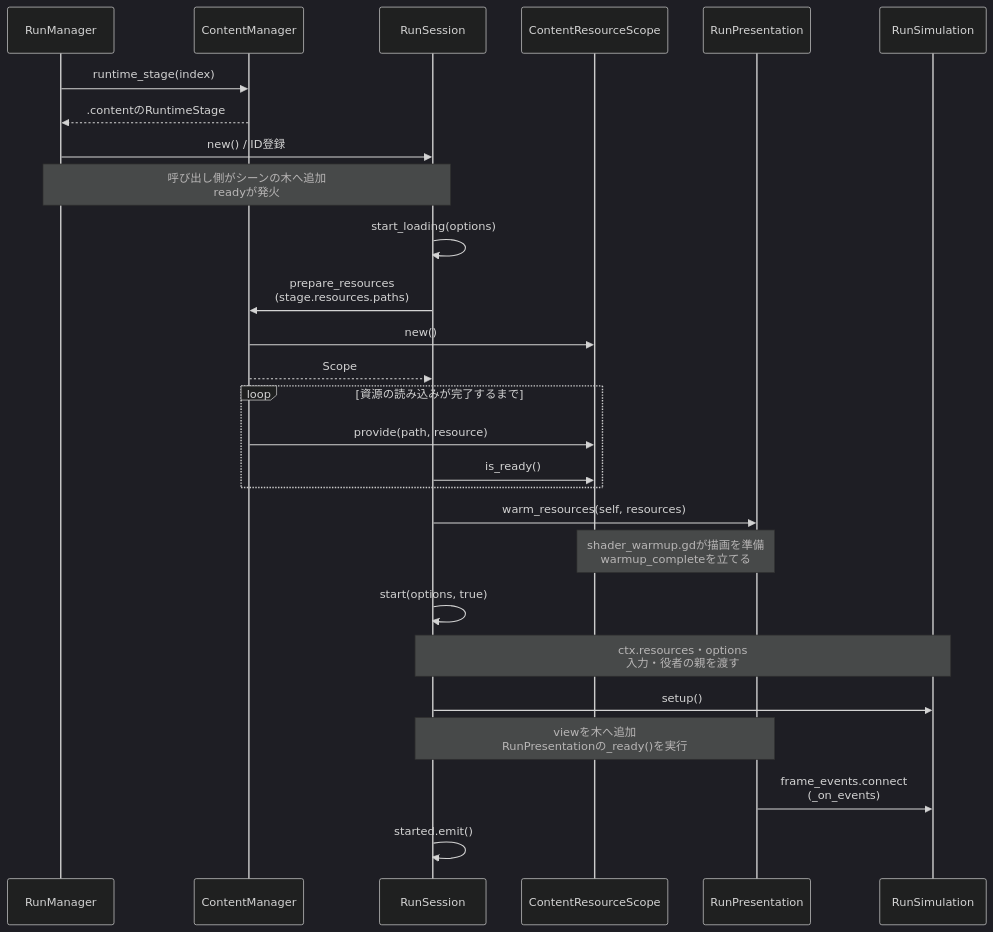
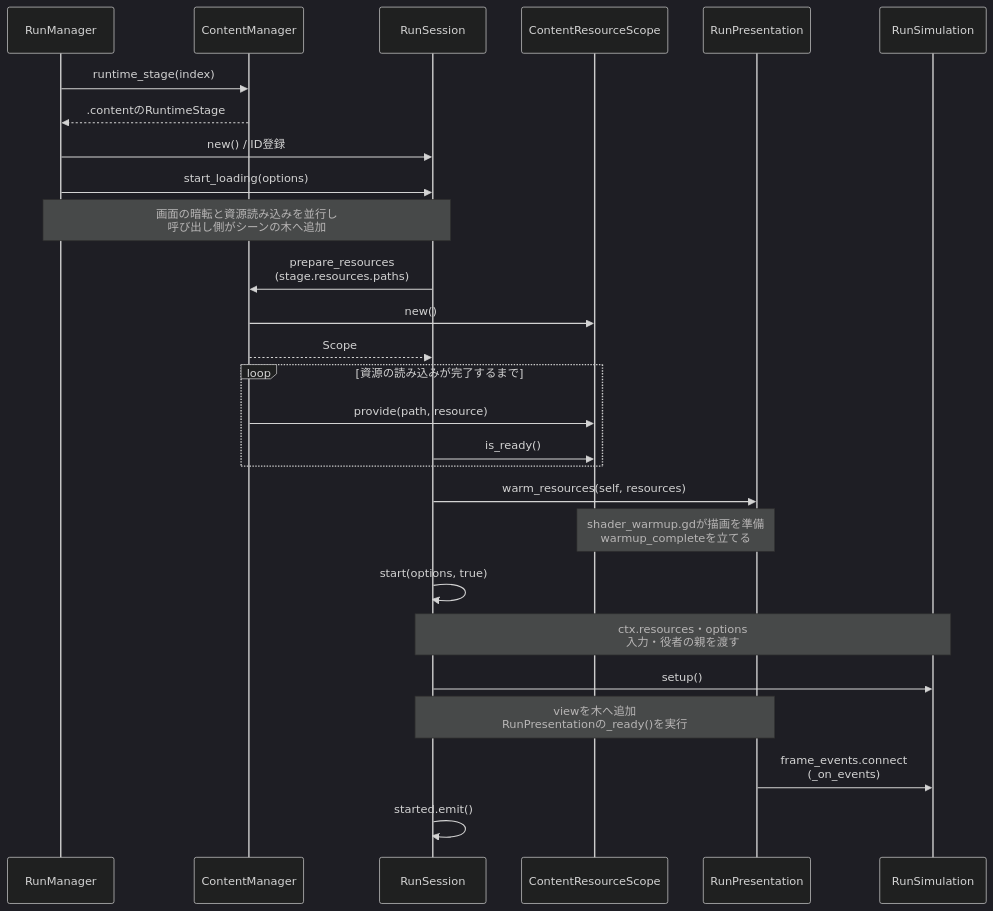
Before and after one commit to Tomatoguy1029/speed: the fourth of 5 diagrams in docs/architecture.md, drawn with Mermaid (dark theme). The commit also changed other lines of this file and 6 other files, not shown here.

````diff
--- a/docs/architecture.md
+++ b/docs/architecture.md
@@ -504,29 +504,29 @@
 ```mermaid
 sequenceDiagram
   participant RM as RunManager
   participant CM as ContentManager
   participant S as RunSession
   participant R as ContentResourceScope
   participant P as RunPresentation
   participant Sim as RunSimulation
   RM->>CM: runtime_stage(index)
   CM-->>RM: .contentのRuntimeStage
   RM->>S: new() / ID登録
-  Note over RM,S: 呼び出し側がシーンの木へ追加<br/>readyが発火
-  S->>S: start_loading(options)
+  RM->>S: start_loading(options)
+  Note over RM,S: 画面の暗転と資源読み込みを並行し<br/>呼び出し側がシーンの木へ追加
   S->>CM: prepare_resources<br/>(stage.resources.paths)
   CM->>R: new()
   CM-->>S: Scope
   loop 資源の読み込みが完了するまで
     CM->>R: provide(path, resource)
     S->>R: is_ready()
   end
   S->>P: warm_resources(self, resources)
   Note over R,P: shader_warmup.gdが描画を準備<br/>warmup_completeを立てる
   S->>S: start(options, true)
   Note over S,Sim: ctx.resources・options<br/>入力・役者の親を渡す
   S->>Sim: setup()
   Note over S,P: viewを木へ追加<br/>RunPresentationの_ready()を実行
   P->>Sim: frame_events.connect<br/>(_on_events)
   S->>S: started.emit()
 ```
````
